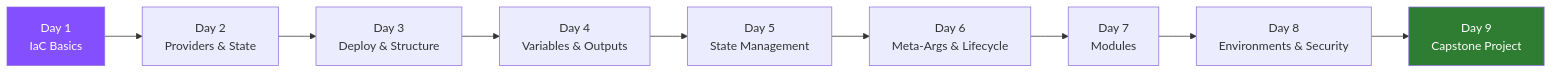
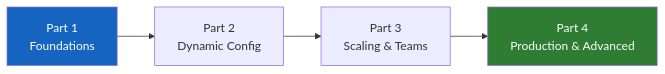
One commit to siva9800/learn-terraform changed the second of 2 diagrams in README.md. Above: the diagram before and after it, drawn with Mermaid. The commit also changed other lines of this file and 69 other files, not shown here.

First line of the commit message:
Rebuild Terraform course: 17 lessons, clean flow, job-ready 2026

````diff
--- a/README.md
+++ b/README.md
@@ -52,10 +42,8 @@
 ```mermaid
 flowchart LR
-    D1["Day 1<br/>IaC Basics"] --> D2["Day 2<br/>Providers & State"]
-    D2 --> D3["Day 3<br/>Deploy & Structure"] --> D4["Day 4<br/>Variables & Outputs"]
-    D4 --> D5["Day 5<br/>State Management"] --> D6["Day 6<br/>Meta-Args & Lifecycle"]
-    D6 --> D7["Day 7<br/>Modules"] --> D8["Day 8<br/>Environments & Security"]
-    D8 --> D9["Day 9<br/>Capstone Project"]
-    style D1 fill:#844fff,color:#fff
-    style D9 fill:#2e7d32,color:#fff
+    P1["Part 1<br/>Foundations"] --> P2["Part 2<br/>Dynamic Config"]
+    P2 --> P3["Part 3<br/>Scaling & Teams"]
+    P3 --> P4["Part 4<br/>Production & Advanced"]
+    style P1 fill:#1565c0,color:#fff
+    style P4 fill:#2e7d32,color:#fff
 ```
````
